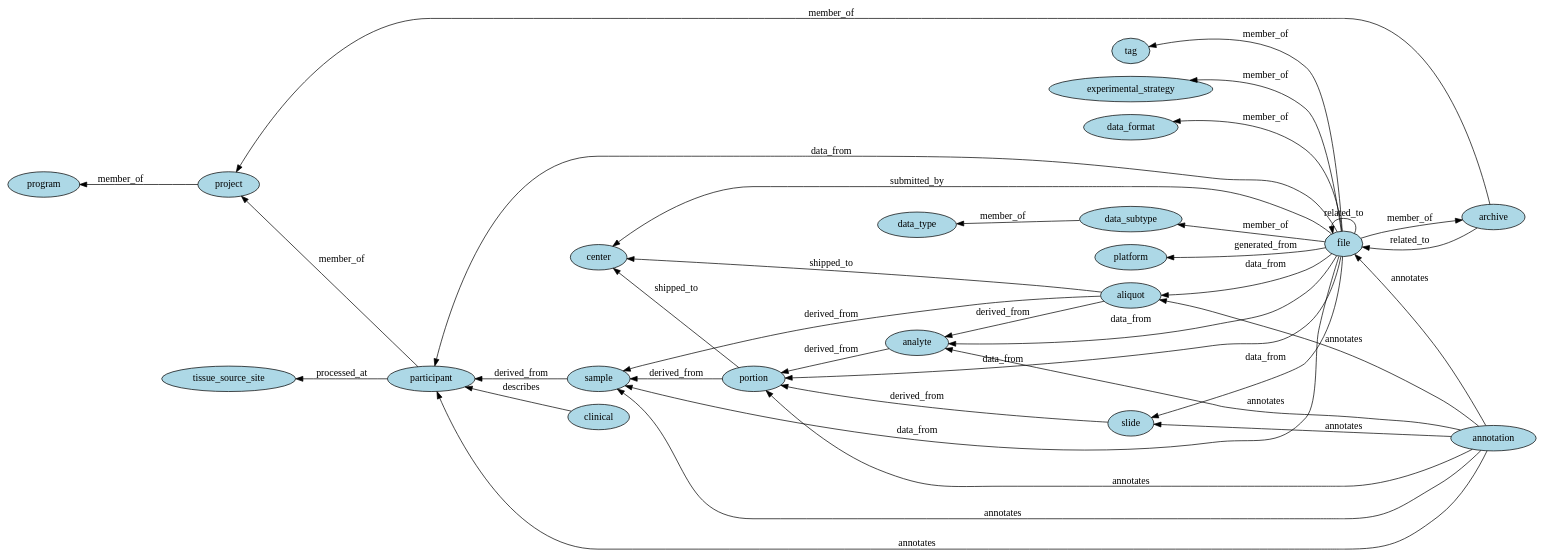
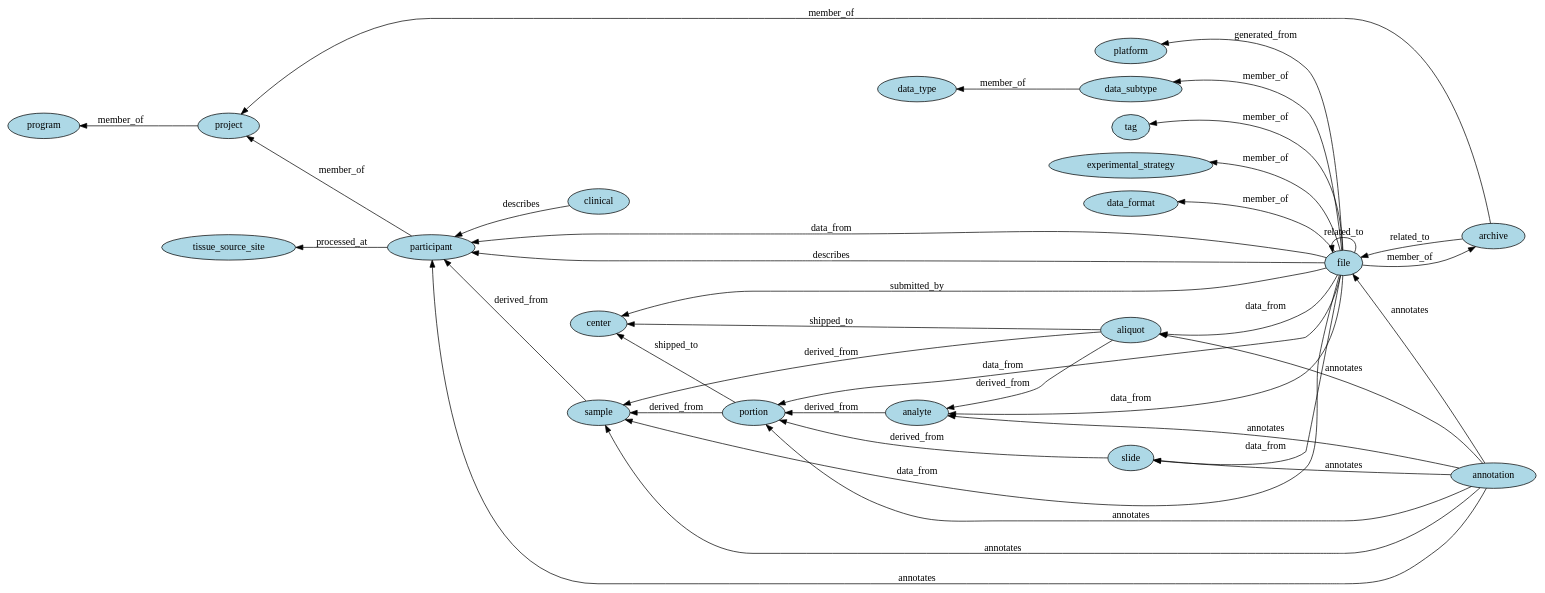
The diagram in docs/viz/gdc_data_model.gv (NCI-GDC/gdcdatamodel), drawn with Graphviz before and after one commit. The commit also changed 4 other files, not shown here.

```diff
--- a/docs/viz/gdc_data_model.gv
+++ b/docs/viz/gdc_data_model.gv
@@ -1,61 +1,62 @@
 // High level graph representation of GDC data model
 digraph {
 	graph [rankdir=RL]
 	node [fillcolor=lightblue style=filled]
 		aliquot [label=aliquot]
 		analyte [label=analyte]
 		portion [label=portion]
 		sample [label=sample]
 		participant [label=participant]
 		project [label=project]
 		program [label=program]
 		center [label=center]
 		platform [label=platform]
 		data_type [label=data_type]
 		data_subtype [label=data_subtype]
 		tag [label=tag]
 		experimental_strategy [label=experimental_strategy]
 		data_format [label=data_format]
 		file [label=file]
 		archive [label=archive]
 		annotation [label=annotation]
 		clinical [label=clinical]
 		slide [label=slide]
 		tissue_source_site [label=tissue_source_site]
 			aliquot -> analyte [label=derived_from]
 			aliquot -> sample [label=derived_from]
 			analyte -> portion [label=derived_from]
 			portion -> sample [label=derived_from]
 			sample -> participant [label=derived_from]
 			slide -> portion [label=derived_from]
 			participant -> project [label=member_of]
 			project -> program [label=member_of]
 			archive -> project [label=member_of]
 			file -> archive [label=member_of]
 			file -> experimental_strategy [label=member_of]
 			file -> data_subtype [label=member_of]
 			file -> data_format [label=member_of]
 			file -> tag [label=member_of]
 			data_subtype -> data_type [label=member_of]
 			participant -> tissue_source_site [label=processed_at]
 			file -> platform [label=generated_from]
 			file -> aliquot [label=data_from]
 			file -> analyte [label=data_from]
 			file -> portion [label=data_from]
 			file -> sample [label=data_from]
 			file -> participant [label=data_from]
 			file -> slide [label=data_from]
 			file -> file [label=related_to]
 			archive -> file [label=related_to]
+			file -> participant [label=describes]
 			clinical -> participant [label=describes]
 			annotation -> participant [label=annotates]
 			annotation -> sample [label=annotates]
 			annotation -> slide [label=annotates]
 			annotation -> portion [label=annotates]
 			annotation -> analyte [label=annotates]
 			annotation -> aliquot [label=annotates]
 			annotation -> file [label=annotates]
 			aliquot -> center [label=shipped_to]
 			portion -> center [label=shipped_to]
 			file -> center [label=submitted_by]
 }
```
